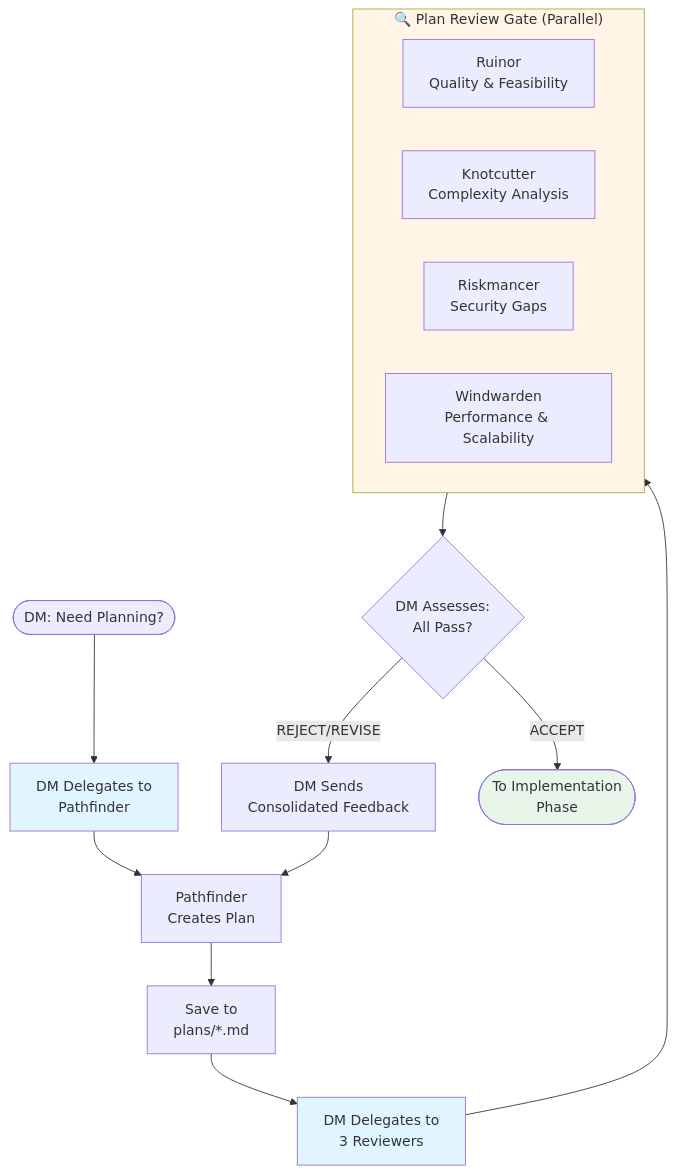
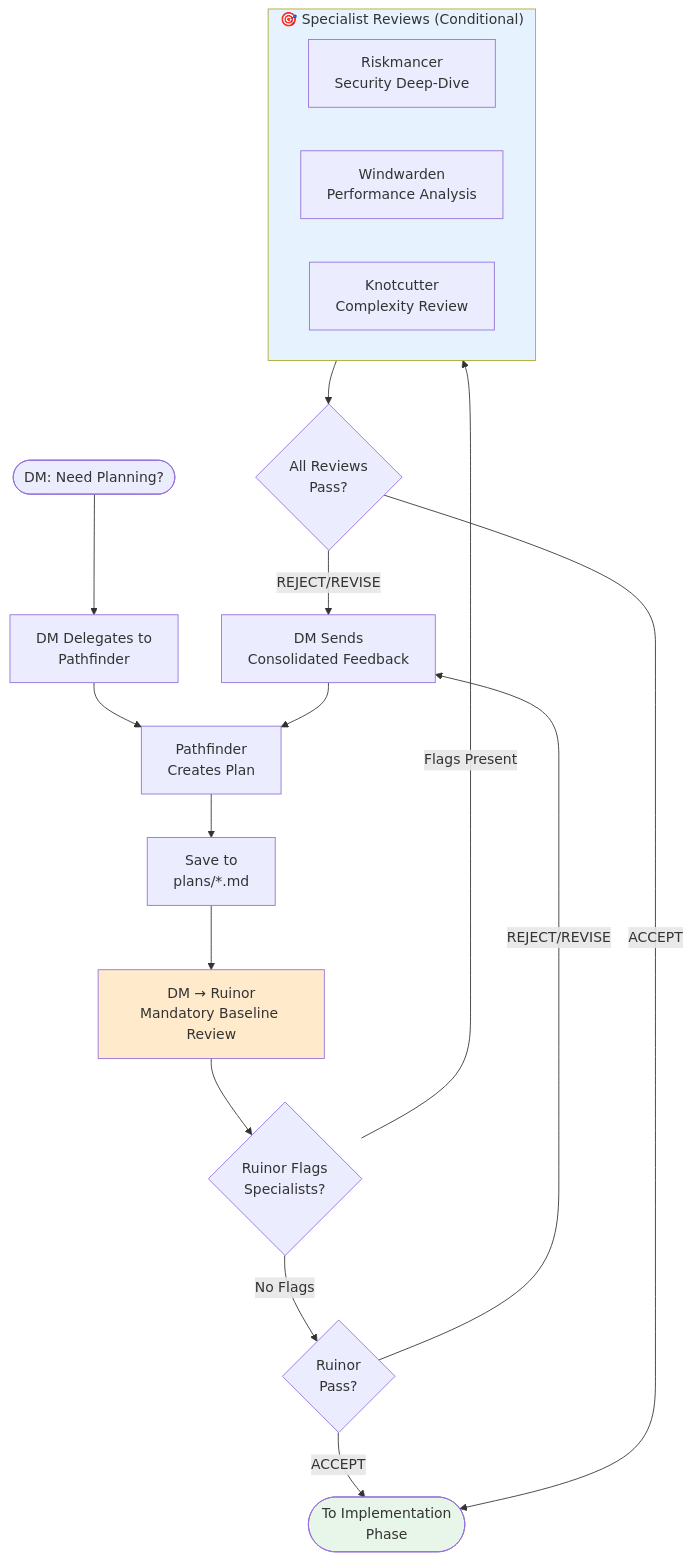
The second of 3 diagrams in README.md (alkofu/ai-tpk), drawn with Mermaid before and after one commit. The commit also changed other lines of this file and 8 other files, not shown here.

First line of the commit message:
refactor(agents): implement intelligent review workflow with opt-in specialists (#27)

````diff
--- a/README.md
+++ b/README.md
@@ -106,27 +106,30 @@
 ```mermaid
 flowchart TD
     Start([DM: Need Planning?]) --> DelegateP[DM Delegates to<br/>Pathfinder]
     DelegateP --> PF[Pathfinder<br/>Creates Plan]
     PF --> SavePlan[Save to<br/>plans/*.md]
-    SavePlan --> DelegateR[DM Delegates to<br/>3 Reviewers]
+    SavePlan --> MandatoryR[DM → Ruinor<br/>Mandatory Baseline Review]
 
-    DelegateR --> ReviewGate
+    MandatoryR --> Decision{Ruinor Flags<br/>Specialists?}
 
-    subgraph ReviewGate["🔍 Plan Review Gate (Parallel)"]
-        R1[Ruinor<br/>Quality & Feasibility]
-        K1[Knotcutter<br/>Complexity Analysis]
-        RS1[Riskmancer<br/>Security Gaps]
-        W1[Windwarden<br/>Performance & Scalability]
+    Decision -->|No Flags| Assess1{Ruinor<br/>Pass?}
+    Decision -->|Flags Present| Specialists
+
+    subgraph Specialists["🎯 Specialist Reviews (Conditional)"]
+        RS1[Riskmancer<br/>Security Deep-Dive]
+        W1[Windwarden<br/>Performance Analysis]
+        K1[Knotcutter<br/>Complexity Review]
     end
 
-    ReviewGate --> Assess{DM Assesses:<br/>All Pass?}
+    Specialists --> Assess2{All Reviews<br/>Pass?}
 
-    Assess -->|REJECT/REVISE| Feedback[DM Sends<br/>Consolidated Feedback]
+    Assess1 -->|REJECT/REVISE| Feedback[DM Sends<br/>Consolidated Feedback]
+    Assess2 -->|REJECT/REVISE| Feedback
     Feedback --> PF
-    Assess -->|ACCEPT| Next([To Implementation<br/>Phase])
+    Assess1 -->|ACCEPT| Next([To Implementation<br/>Phase])
+    Assess2 -->|ACCEPT| Next
 
-    style DelegateP fill:#e1f5ff
-    style DelegateR fill:#e1f5ff
-    style ReviewGate fill:#fff4e6
+    style MandatoryR fill:#ffebcc
+    style Specialists fill:#e6f3ff
     style Next fill:#e8f5e9
 ```
````
